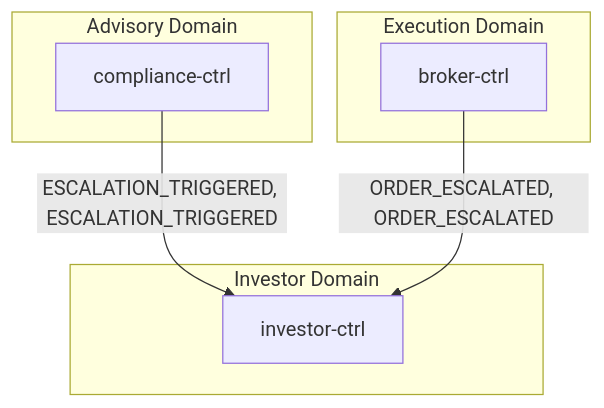
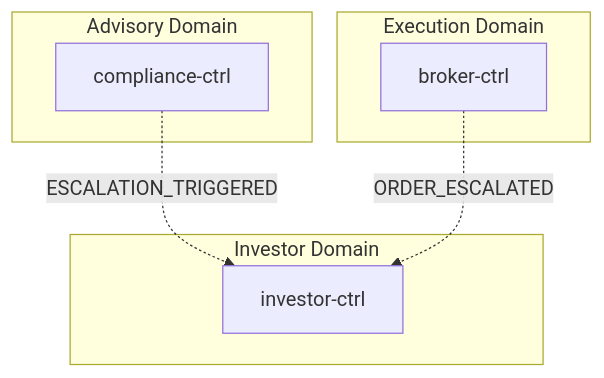
One commit to fabio-vitali/nestfolio changed the first of 2 diagrams in docs/data-flows/incident-escalation.md. Above: the diagram before and after it, drawn with Mermaid. The commit also changed other lines of this file and 25 other files, not shown here.

First line of the commit message:
docs(data-flows): sync flow specs to code + harden generator

````diff
--- a/docs/data-flows/incident-escalation.md
+++ b/docs/data-flows/incident-escalation.md
@@ -11,14 +11,14 @@
 ```mermaid
 flowchart TD
     subgraph advisory["Advisory Domain"]
         compliance_ctrl["compliance-ctrl"]
     end
     subgraph execution["Execution Domain"]
         broker_ctrl["broker-ctrl"]
     end
     subgraph investor["Investor Domain"]
         investor_ctrl["investor-ctrl"]
     end
-    compliance_ctrl -->|"ESCALATION_TRIGGERED, ESCALATION_TRIGGERED"| investor_ctrl
-    broker_ctrl -->|"ORDER_ESCALATED, ORDER_ESCALATED"| investor_ctrl
+    compliance_ctrl -.->|"ESCALATION_TRIGGERED"| investor_ctrl
+    broker_ctrl -.->|"ORDER_ESCALATED"| investor_ctrl
 ```
````
